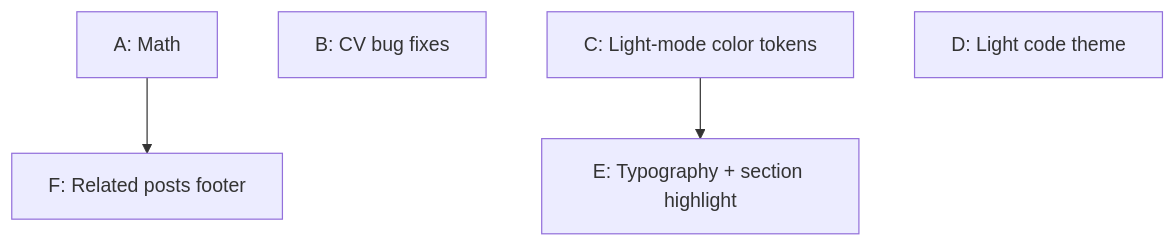
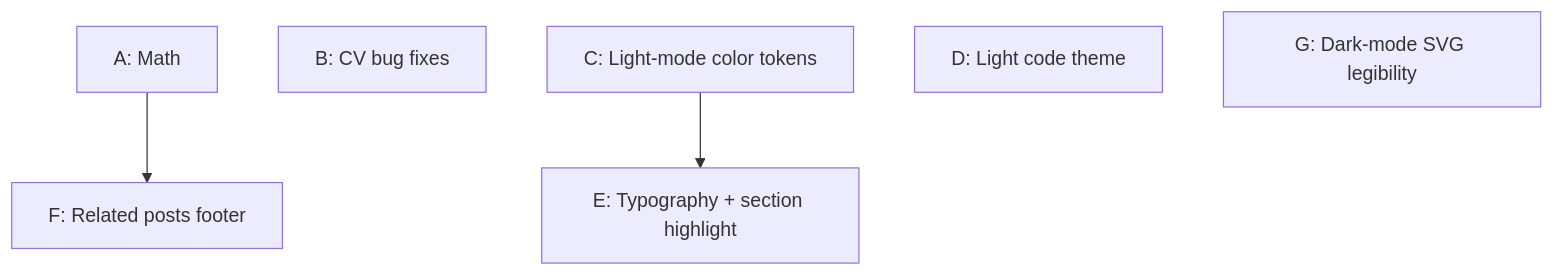
The diagram in WEBSITE_FIXES.md (RikVoorhaar/blog), drawn with Mermaid before and after one commit. The commit also changed other lines of this file and 17 other files, not shown here.

````diff
--- a/WEBSITE_FIXES.md
+++ b/WEBSITE_FIXES.md
@@ -282,12 +360,14 @@
 ```mermaid
 graph TD
     A[A: Math]:::accent0
     B[B: CV bug fixes]:::accent1
     C[C: Light-mode color tokens]:::accent2
     D[D: Light code theme]:::accent3
     E[E: Typography + section highlight]:::accent4
     F[F: Related posts footer]:::accent5
 
+    G[G: Dark-mode SVG legibility]:::accent6
+
     C --> E
     A --> F
 ```
````
